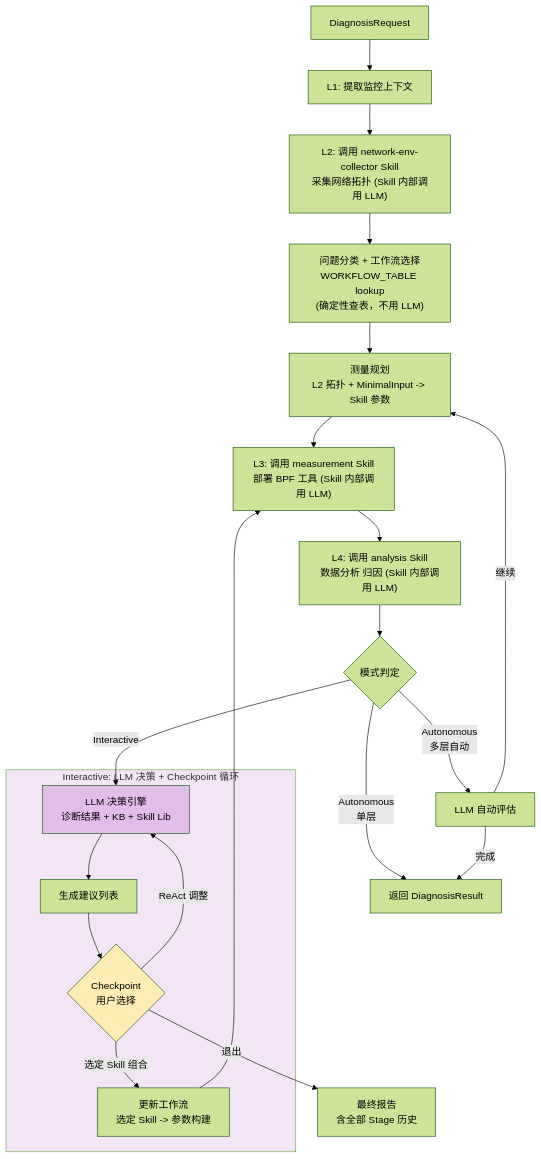
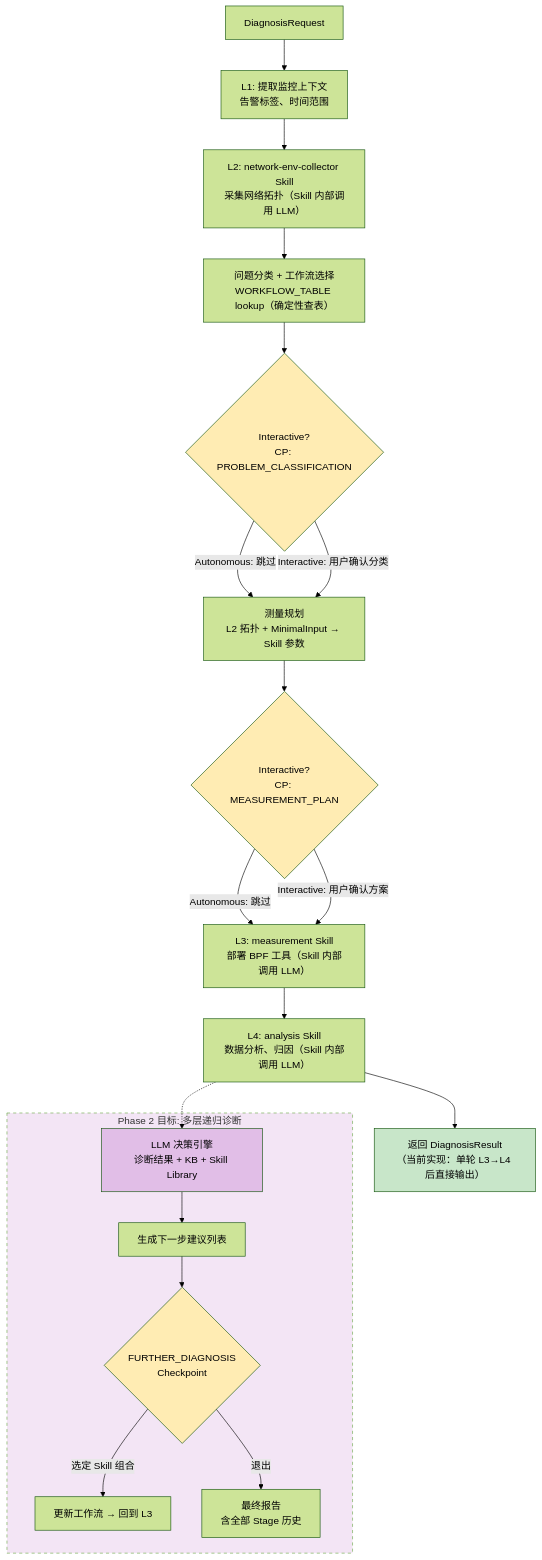
Before and after one commit to everoute/NetSherlock: the fourth of 13 diagrams in docs/design/NetSherlock-design.md, drawn with Mermaid (forest theme). The commit also changed other lines of this file and 28 other files, not shown here.

````diff
--- a/docs/design/NetSherlock-design.md
+++ b/docs/design/NetSherlock-design.md
@@ -291,31 +240,35 @@
 ```mermaid
 graph TD
-    Request["DiagnosisRequest"] --> L1["L1: 提取监控上下文"]
-    L1 --> L2["L2: 调用 network-env-collector Skill\n采集网络拓扑 (Skill 内部调用 LLM)"]
-    L2 --> Classify["问题分类 + 工作流选择\nWORKFLOW_TABLE lookup\n(确定性查表，不用 LLM)"]
-    Classify --> Plan["测量规划\nL2 拓扑 + MinimalInput -> Skill 参数"]
-    Plan --> L3["L3: 调用 measurement Skill\n部署 BPF 工具 (Skill 内部调用 LLM)"]
-    L3 --> L4["L4: 调用 analysis Skill\n数据分析 归因 (Skill 内部调用 LLM)"]
-    L4 --> ModeCheck{"模式判定"}
+    Request["DiagnosisRequest"] --> L1["L1: 提取监控上下文\n告警标签、时间范围"]
+    L1 --> L2["L2: network-env-collector Skill\n采集网络拓扑（Skill 内部调用 LLM）"]
+    L2 --> Classify["问题分类 + 工作流选择\nWORKFLOW_TABLE lookup（确定性查表）"]
 
-    ModeCheck -->|"Autonomous\n单层"| Result["返回 DiagnosisResult"]
-    ModeCheck -->|"Autonomous\n多层自动"| AutoLLM["LLM 自动评估"]
-    ModeCheck -->|"Interactive"| LLMAnalysis
+    Classify --> CP1{"Interactive?\nCP: PROBLEM_CLASSIFICATION"}
+    CP1 -->|"Autonomous: 跳过"| Plan
+    CP1 -->|"Interactive: 用户确认分类"| Plan
 
-    AutoLLM -->|"继续"| Plan
-    AutoLLM -->|"完成"| Result
+    Plan["测量规划\nL2 拓扑 + MinimalInput → Skill 参数"] --> CP2{"Interactive?\nCP: MEASUREMENT_PLAN"}
+    CP2 -->|"Autonomous: 跳过"| L3
+    CP2 -->|"Interactive: 用户确认方案"| L3
 
-    subgraph InteractiveLoop["Interactive: LLM 决策 + Checkpoint 循环"]
-        LLMAnalysis["LLM 决策引擎\n诊断结果 + KB + Skill Lib"] --> Suggest["生成建议列表"]
-        Suggest --> Checkpoint{"Checkpoint\n用户选择"}
-        Checkpoint -->|"选定 Skill 组合"| NextPlan["更新工作流\n选定 Skill -> 参数构建"]
+    L3["L3: measurement Skill\n部署 BPF 工具（Skill 内部调用 LLM）"] --> L4["L4: analysis Skill\n数据分析、归因（Skill 内部调用 LLM）"]
+
+    L4 --> Result["返回 DiagnosisResult\n（当前实现：单轮 L3→L4 后直接输出）"]
+
+    L4 -.-> FutureLLM
+
+    subgraph FutureLoop["Phase 2 目标: 多层递归诊断"]
+        FutureLLM["LLM 决策引擎\n诊断结果 + KB + Skill Library"]
+        FutureLLM --> Suggest["生成下一步建议列表"]
+        Suggest --> CP3{"FURTHER_DIAGNOSIS\nCheckpoint"}
+        CP3 -->|"选定 Skill 组合"| NextRound["更新工作流 → 回到 L3"]
+        CP3 -->|"退出"| FinalReport["最终报告\n含全部 Stage 历史"]
     end
 
-    NextPlan --> L3
-    Checkpoint -->|"ReAct 调整"| LLMAnalysis
-    Checkpoint -->|"退出"| FinalResult["最终报告\n含全部 Stage 历史"]
-
-    style InteractiveLoop fill:#f3e5f5
-    style LLMAnalysis fill:#e1bee7
-    style Checkpoint fill:#ffecb3
+    style CP1 fill:#ffecb3
+    style CP2 fill:#ffecb3
+    style FutureLoop fill:#f3e5f5,stroke-dasharray: 5 5
+    style FutureLLM fill:#e1bee7
+    style CP3 fill:#ffecb3
+    style Result fill:#c8e6c9
 ```
````
